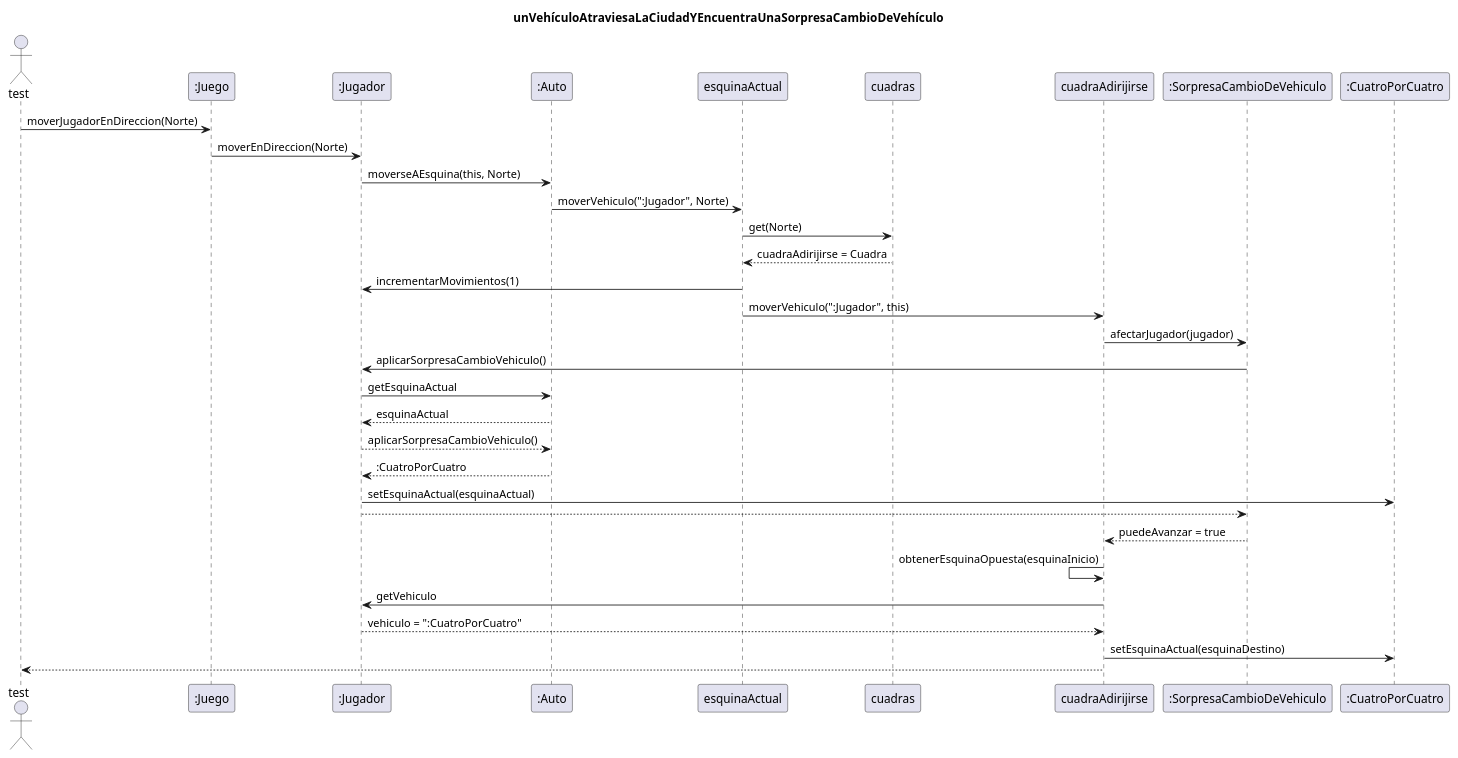
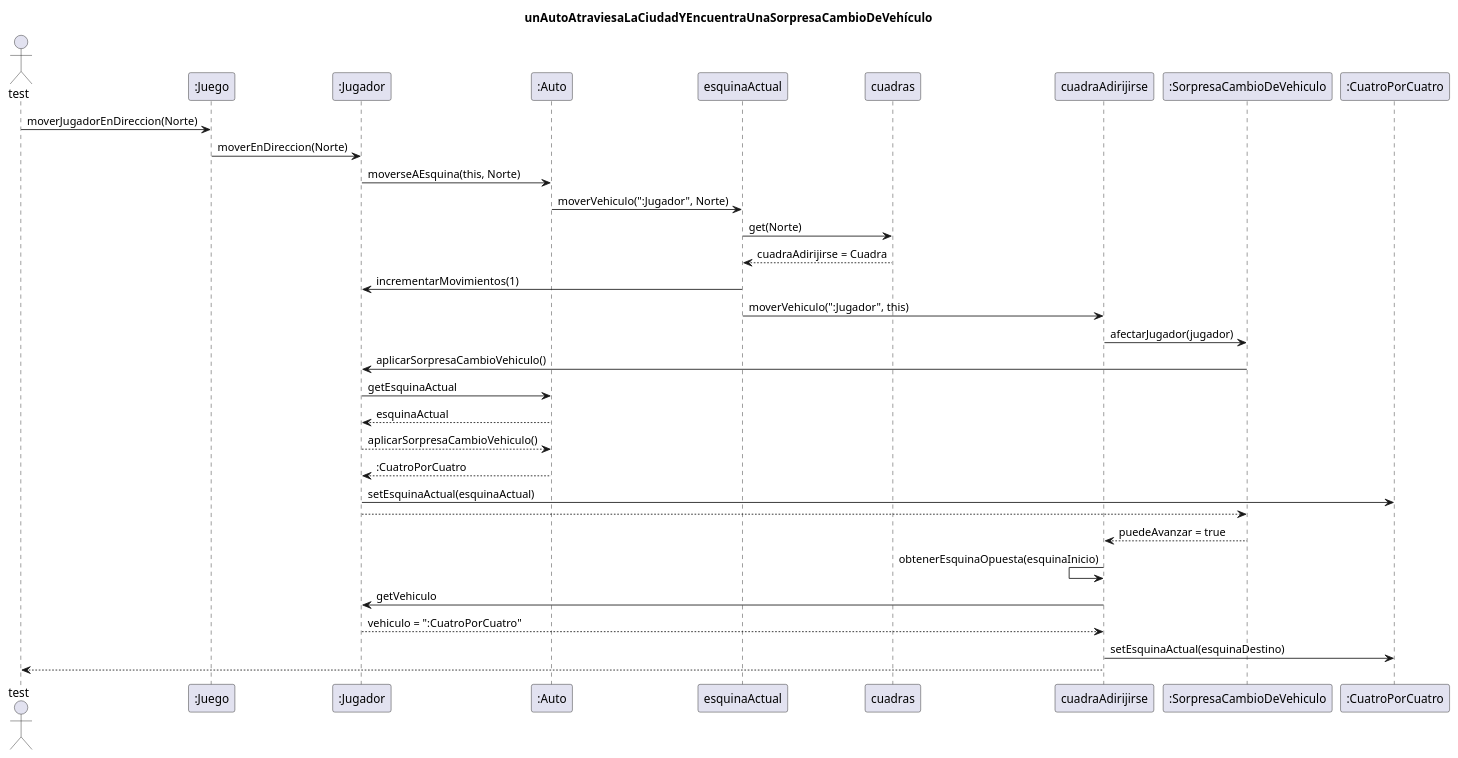
Before and after one commit to TP2Algo3FIUBA/tp2: the diagram in diagrams/sequences/entrega02/CasoDeUso03.plantuml, drawn with PlantUML. The commit also changed 8 other files, not shown here.

Commit message:
Actualizacion diagrama secuencia UML

```diff
--- a/diagrams/sequences/entrega02/CasoDeUso03.plantuml
+++ b/diagrams/sequences/entrega02/CasoDeUso03.plantuml
@@ -1,30 +1,30 @@
 @startuml
-title: unVehículoAtraviesaLaCiudadYEncuentraUnaSorpresaCambioDeVehículo
+title: unAutoAtraviesaLaCiudadYEncuentraUnaSorpresaCambioDeVehículo
 
 Actor test
 test -> ":Juego"  : moverJugadorEnDireccion(Norte)
 ":Juego" -> ":Jugador" : moverEnDireccion(Norte)
 ":Jugador" -> ":Auto" : moverseAEsquina(this, Norte)
 ":Auto" -> esquinaActual : moverVehiculo(":Jugador", Norte)
 esquinaActual -> cuadras : get(Norte)
 esquinaActual <-- cuadras : cuadraAdirijirse = Cuadra
 esquinaActual -> ":Jugador" : incrementarMovimientos(1)
 esquinaActual -> cuadraAdirijirse : moverVehiculo(":Jugador", this)
 
 cuadraAdirijirse -> ":SorpresaCambioDeVehiculo" : afectarJugador(jugador)
 ":SorpresaCambioDeVehiculo" -> ":Jugador" : aplicarSorpresaCambioVehiculo()
 
 ":Jugador" -> ":Auto" : getEsquinaActual
 ":Jugador" <-- ":Auto" : esquinaActual
 ":Jugador" --> ":Auto" : aplicarSorpresaCambioVehiculo()
 ":Jugador" <-- ":Auto" : :CuatroPorCuatro
 ":Jugador" -> ":CuatroPorCuatro" : setEsquinaActual(esquinaActual)
 ":SorpresaCambioDeVehiculo" <-- ":Jugador"
 cuadraAdirijirse <-- ":SorpresaCambioDeVehiculo" : puedeAvanzar = true
 
 cuadraAdirijirse <- cuadraAdirijirse : obtenerEsquinaOpuesta(esquinaInicio)
 cuadraAdirijirse -> ":Jugador" : getVehiculo
 cuadraAdirijirse <-- ":Jugador" : vehiculo = ":CuatroPorCuatro"
 cuadraAdirijirse -> ":CuatroPorCuatro" : setEsquinaActual(esquinaDestino)
 test <-- cuadraAdirijirse
 @enduml
```
